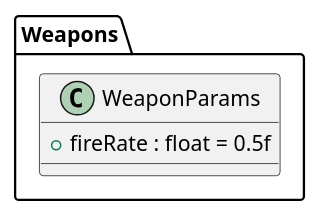
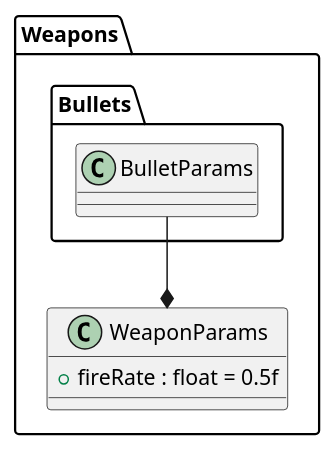
One commit to asterisk-cn/RougueShooter changed the diagram in plantuml/target/Weapon/WeaponParams.puml. Above: the diagram before and after it, drawn with PlantUML. The commit also changed 26 other files, not shown here.

```diff
--- a/plantuml/target/Weapon/WeaponParams.puml
+++ b/plantuml/target/Weapon/WeaponParams.puml
@@ -1,7 +1,8 @@
 @startuml
 namespace Weapons{
 class WeaponParams {
     + fireRate : float = 0.5f
 }
 }
+Weapons.Bullets.BulletParams --* Weapons.WeaponParams
 @enduml
```
